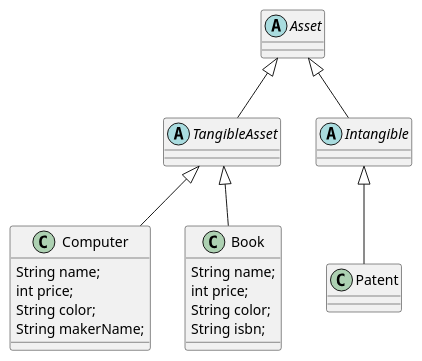
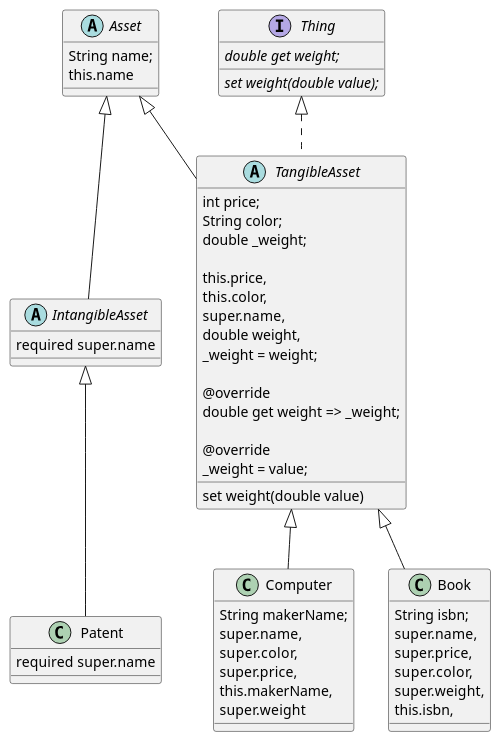
One commit to orm-camp-flutter-2ki/learn_dart_together changed the diagram in lib/240313/diagram.puml. Above: the diagram before and after it, drawn with PlantUML. The commit also changed other lines of this file and 7 other files, not shown here.

Commit message:
feat : 구조 정의 및 class diagram 정의

```diff
--- a/lib/240313/diagram.puml
+++ b/lib/240313/diagram.puml
@@ -1,32 +1,57 @@
 @startuml
-abstract class TangibleAsset extends Asset{
+abstract class Asset {
+String name;
+this.name
+}
 
+interface Thing  {
+{abstract} double get weight;
+{abstract} set weight(double value);
+}
+
+abstract class IntangibleAsset extends Asset{
+required super.name
+}
+
+abstract class TangibleAsset extends Asset implements Thing{
+int price;
+String color;
+double _weight;
+
+this.price,
+this.color,
+super.name,
+double weight,
+_weight = weight;
+
+@override
+double get weight => _weight;
+
+@override
+set weight(double value)
+_weight = value;
 }
 
 class Computer extends TangibleAsset {
-  String name;
-  int price;
-  String color;
-  String makerName;
+String makerName;
+super.name,
+super.color,
+super.price,
+this.makerName,
+super.weight
 }
 
 class Book extends TangibleAsset {
-  String name;
-  int price;
-  String color;
-  String isbn;
+String isbn;
+super.name,
+super.price,
+super.color,
+super.weight,
+this.isbn,
 }
 
-class Patent extends Intangible {
-
-}
-
-abstract class Asset {
-
-}
-
-abstract class Intangible extends Asset{
-
+class Patent extends IntangibleAsset {
+required super.name
 }
 
 @enduml
```
